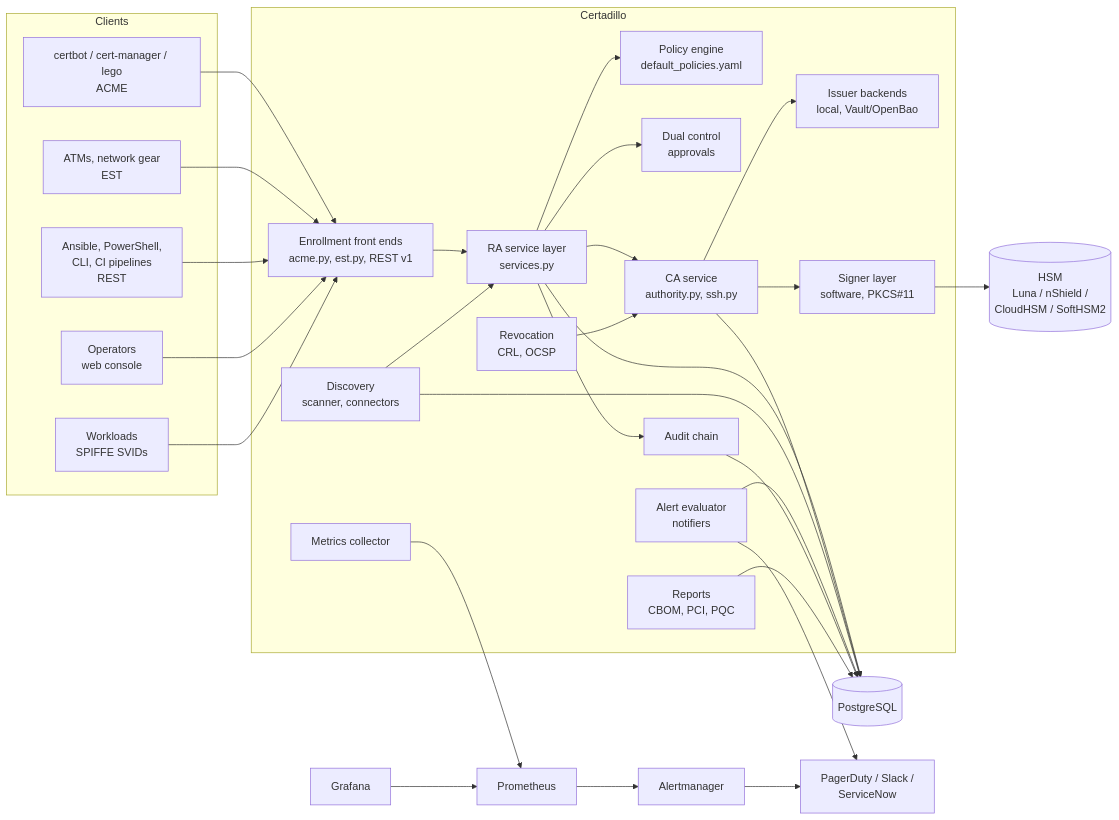
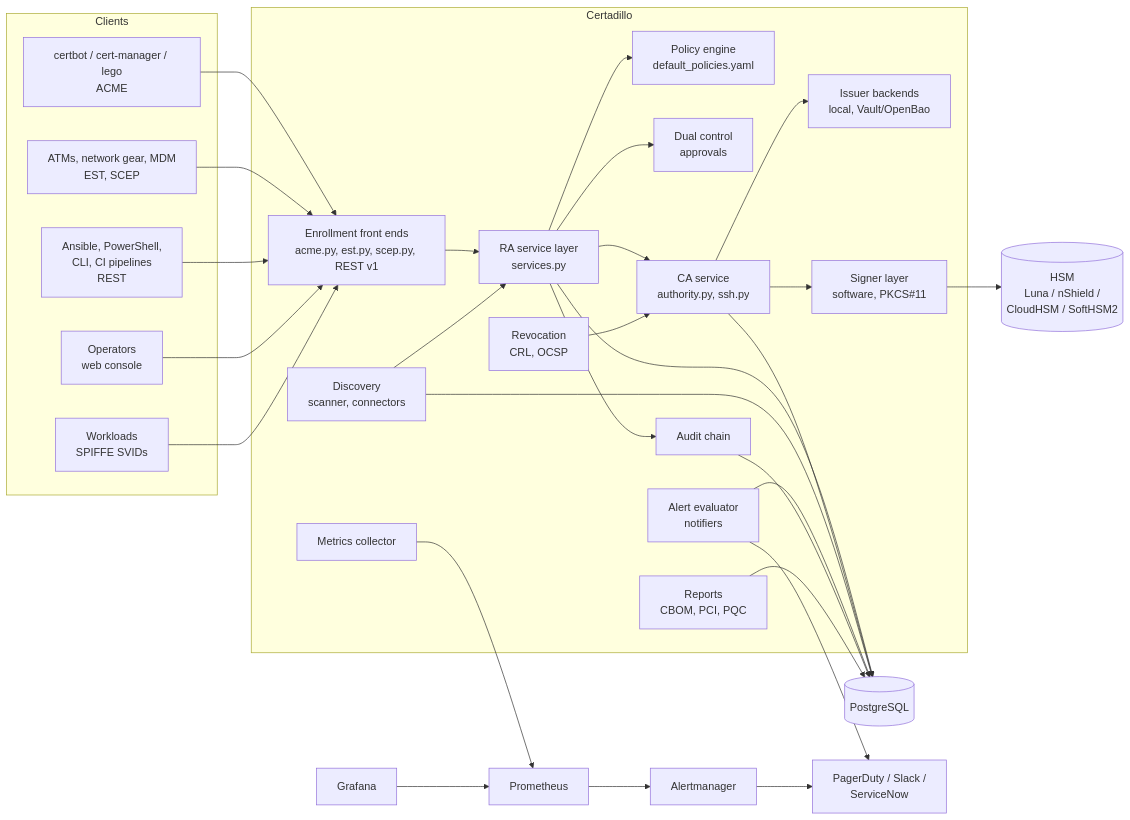
The diagram in docs/ARCHITECTURE.md (FlavioImbertDomingos/certadillo), drawn with Mermaid before and after one commit. The commit also changed other lines of this file and 16 other files, not shown here.

First line of the commit message:
Add SCEP (RFC 8894) enrollment with one-time challenges

````diff
--- a/docs/ARCHITECTURE.md
+++ b/docs/ARCHITECTURE.md
@@ -14,40 +14,40 @@
 ```mermaid
 flowchart LR
   subgraph Clients
     A1[certbot / cert-manager / lego<br/>ACME]
-    A2[ATMs, network gear<br/>EST]
+    A2[ATMs, network gear, MDM<br/>EST, SCEP]
     A3[Ansible, PowerShell,<br/>CLI, CI pipelines<br/>REST]
     A4[Operators<br/>web console]
     A5[Workloads<br/>SPIFFE SVIDs]
   end
   subgraph Certadillo
-    E[Enrollment front ends<br/>acme.py, est.py, REST v1]
+    E[Enrollment front ends<br/>acme.py, est.py, scep.py, REST v1]
     RA[RA service layer<br/>services.py]
     P[Policy engine<br/>default_policies.yaml]
     DC[Dual control<br/>approvals]
     CA[CA service<br/>authority.py, ssh.py]
     BK[Issuer backends<br/>local, Vault/OpenBao]
     S[Signer layer<br/>software, PKCS#11]
     R[Revocation<br/>CRL, OCSP]
     D[Discovery<br/>scanner, connectors]
     AL[Alert evaluator<br/>notifiers]
     AU[Audit chain]
     M[Metrics collector]
     REP[Reports<br/>CBOM, PCI, PQC]
   end
   HSM[(HSM<br/>Luna / nShield /<br/>CloudHSM / SoftHSM2)]
   DB[(PostgreSQL)]
   PR[Prometheus] --> AM[Alertmanager] --> OC[PagerDuty / Slack /<br/>ServiceNow]
   G[Grafana] --> PR
   A1 & A2 & A3 & A4 & A5 --> E --> RA
   RA --> P
   RA --> DC
   RA --> CA --> BK
   CA --> S --> HSM
   RA --> AU
   R --> CA
   D --> RA
   AL --> OC
   M --> PR
   RA & CA & D & AL & AU & REP --> DB
 ```
````
